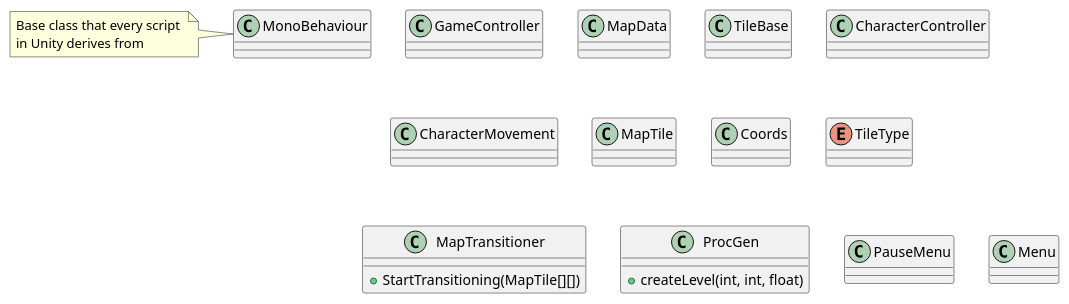
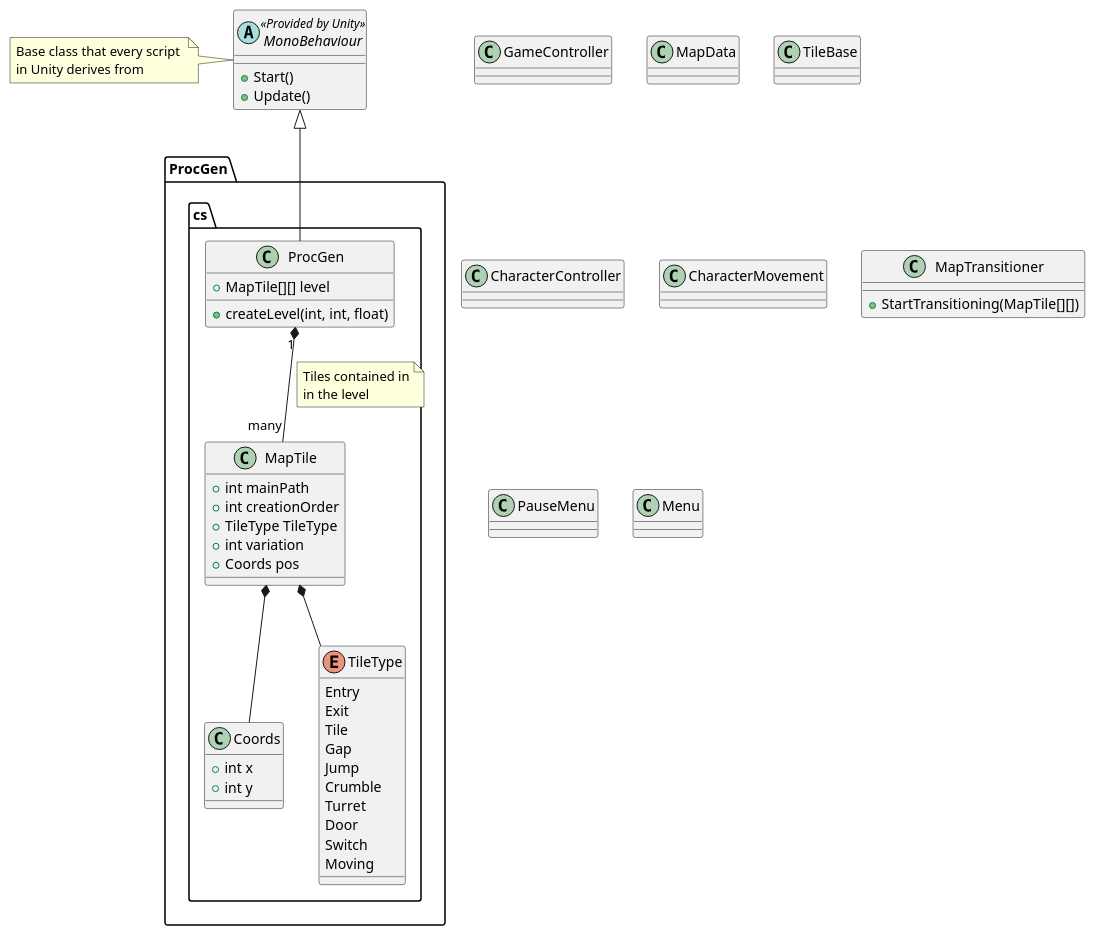
Before and after one commit to kellpossible/GPMS: the diagram in Docs/design/class_diagram.puml, drawn with PlantUML.

Commit message:
updated class diagram

```diff
--- a/Docs/design/class_diagram.puml
+++ b/Docs/design/class_diagram.puml
@@ -1,32 +1,76 @@
 @startuml
 class MonoBehaviour
 
 note left of MonoBehaviour
 Base class that every script 
 in Unity derives from
 end note
 
 class GameController
 class MapData
 class TileBase
 class CharacterController
 class CharacterMovement
 
-class MapTile
-class Coords
-enum TileType
+abstract class MonoBehaviour <<Provided by Unity>> {
+    +Start()
+    +Update()
+}
+
+package "ProcGen.cs" {
+    class MapTile {
+        +int mainPath
+        +int creationOrder
+        +TileType TileType
+        +int variation
+        +Coords pos
+    }
+
+    class Coords {
+        +int x
+        +int y
+    }
+
+    MapTile *-- Coords
+    
+    enum TileType {
+        Entry
+        Exit
+        Tile
+        Gap
+        Jump
+        Crumble
+        Turret
+        Door
+        Switch
+        Moving
+    }
+
+    MapTile *-- TileType
+    
+    class ProcGen {
+        +MapTile[][] level
+        +createLevel(int, int, float)
+    }
+
+    ProcGen "1" *-- "many" MapTile
+    note left on link
+    Tiles contained in
+    in the level
+    endnote
+
+    MonoBehaviour <|-- ProcGen
+}
 
 
 class MapTransitioner {
     +StartTransitioning(MapTile[][])
 }
 
-class ProcGen {
-    +createLevel(int, int, float)
-}
+
 
 class PauseMenu
 class Menu
 
 
 @enduml
```
